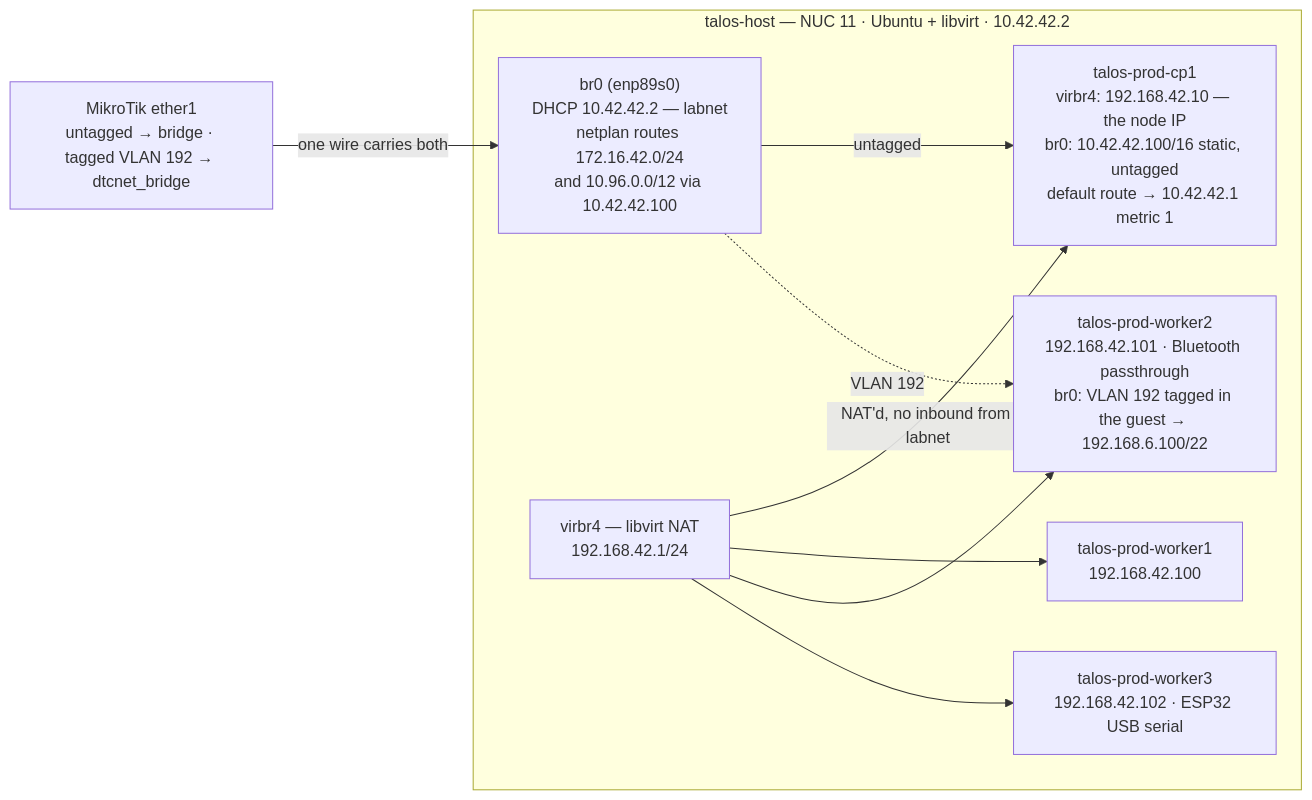
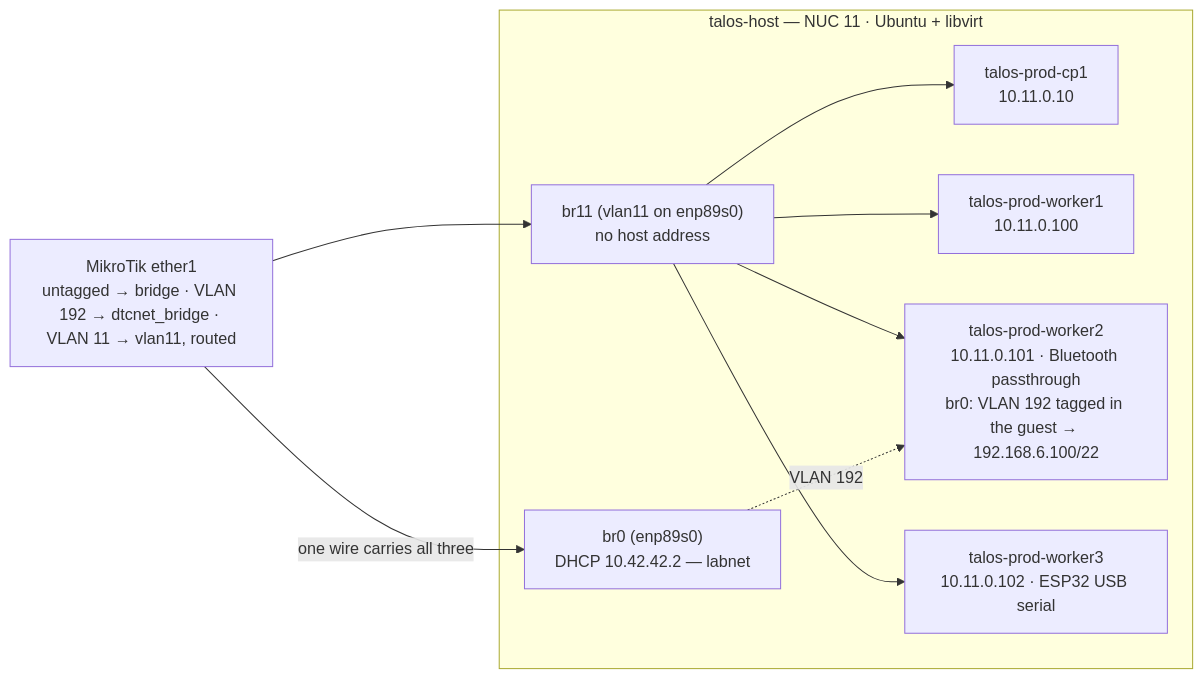
The second of 4 diagrams in docs/network.md (dancavallaro/homelab), drawn with Mermaid before and after one commit. The commit also changed other lines of this file and 2 other files, not shown here.

````diff
--- a/docs/network.md
+++ b/docs/network.md
@@ -117,21 +124,21 @@
 ```mermaid
 flowchart LR
-    e1["MikroTik ether1<br>untagged → bridge · tagged VLAN 192 → dtcnet_bridge"]
+    e1["MikroTik ether1<br>untagged → bridge · VLAN 192 → dtcnet_bridge · VLAN 11 → vlan11, routed"]
 
-    subgraph th["talos-host — NUC 11 · Ubuntu + libvirt · 10.42.42.2"]
-        br0["br0 (enp89s0)<br>DHCP 10.42.42.2 — labnet<br>netplan routes 172.16.42.0/24<br>and 10.96.0.0/12 via 10.42.42.100"]
-        virbr4["virbr4 — libvirt NAT<br>192.168.42.1/24"]
-        cp1["talos-prod-cp1<br>virbr4: 192.168.42.10 — the node IP<br>br0: 10.42.42.100/16 static, untagged<br>default route → 10.42.42.1 metric 1"]
-        w1["talos-prod-worker1<br>192.168.42.100"]
-        w2["talos-prod-worker2<br>192.168.42.101 · Bluetooth passthrough<br>br0: VLAN 192 tagged in the guest → 192.168.6.100/22"]
-        w3["talos-prod-worker3<br>192.168.42.102 · ESP32 USB serial"]
+    subgraph th["talos-host — NUC 11 · Ubuntu + libvirt"]
+        br0["br0 (enp89s0)<br>DHCP 10.42.42.2 — labnet"]
+        br11["br11 (vlan11 on enp89s0)<br>no host address"]
+        cp1["talos-prod-cp1<br>10.11.0.10"]
+        w1["talos-prod-worker1<br>10.11.0.100"]
+        w2["talos-prod-worker2<br>10.11.0.101 · Bluetooth passthrough<br>br0: VLAN 192 tagged in the guest → 192.168.6.100/22"]
+        w3["talos-prod-worker3<br>10.11.0.102 · ESP32 USB serial"]
     end
 
-    e1 -->|"one wire carries both"| br0
-    virbr4 -->|"NAT'd, no inbound from labnet"| cp1
-    virbr4 --> w1
-    virbr4 --> w2
-    virbr4 --> w3
-    br0 -->|untagged| cp1
+    e1 -->|"one wire carries all three"| br0
+    e1 --> br11
+    br11 --> cp1
+    br11 --> w1
+    br11 --> w2
+    br11 --> w3
     br0 -.->|"VLAN 192"| w2
 ```
````
